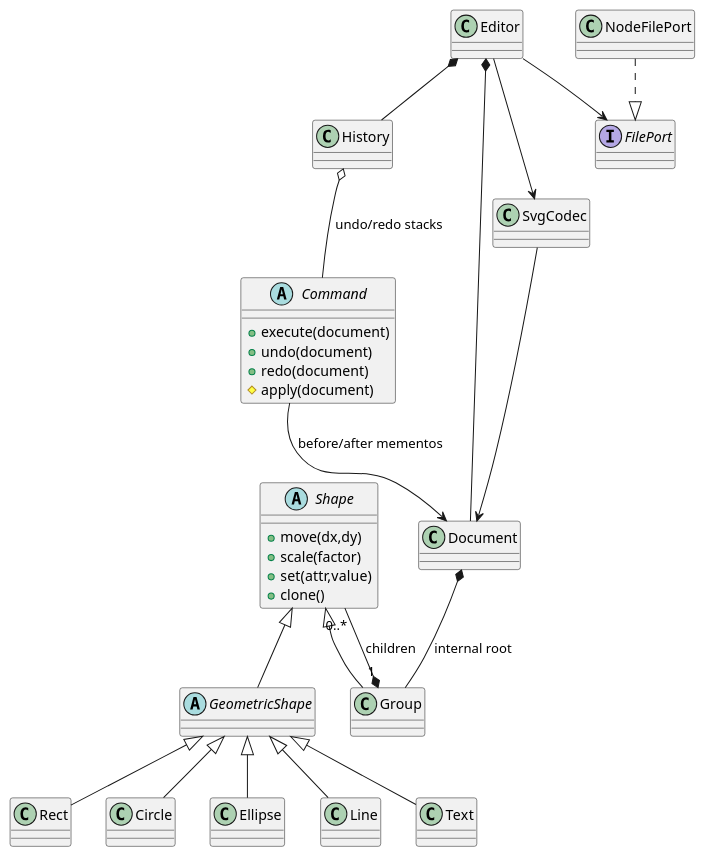
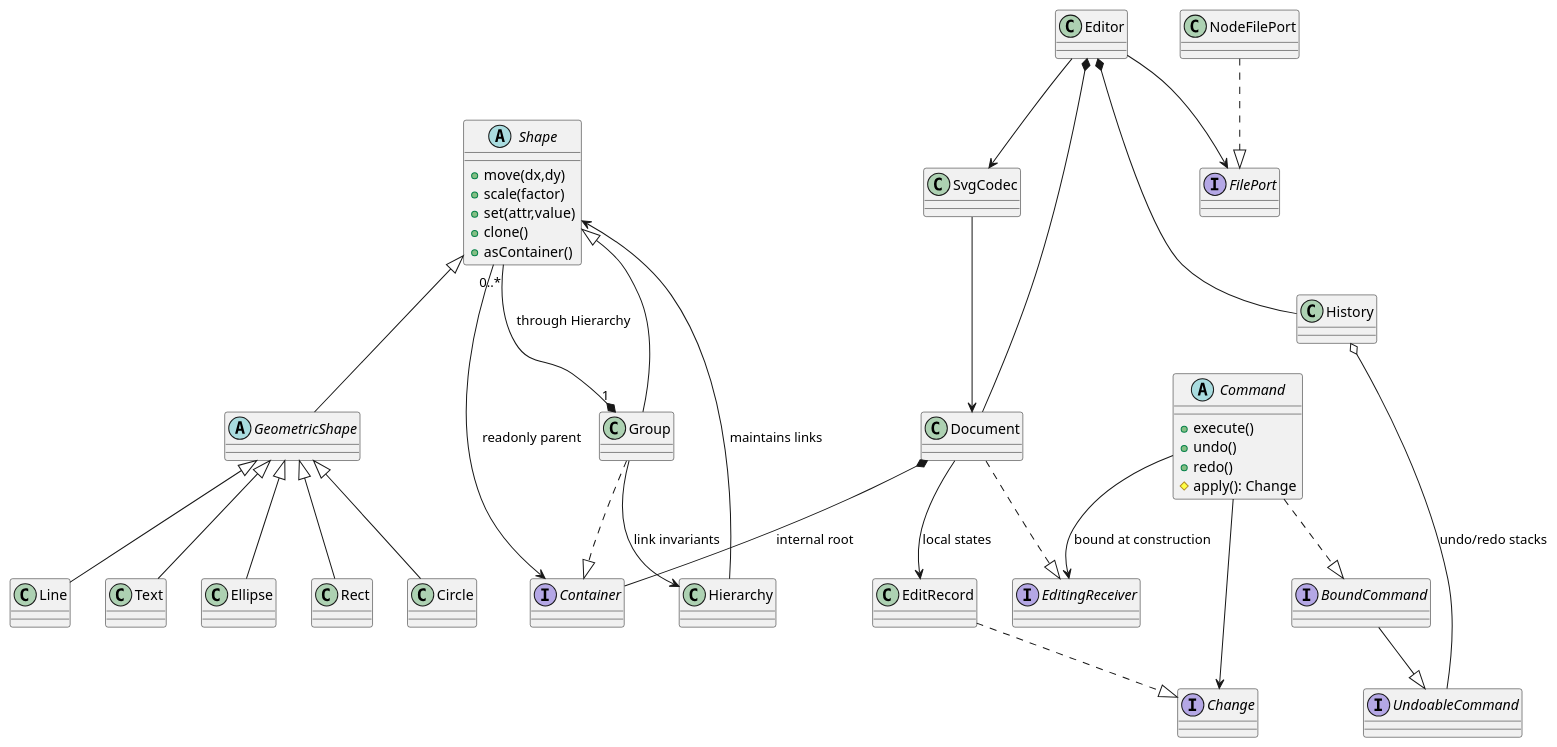
The second of 2 diagrams in doc/README.md (Zyrrick/fudan-svg-cli-lab1), drawn with PlantUML before and after one commit. The commit also changed other lines of this file and 4 other files, not shown here.

Commit message:
docs: align architecture and evidence with course review

````diff
--- a/doc/README.md
+++ b/doc/README.md
@@ -62,46 +68,64 @@
 ```plantuml
 @startuml
 abstract class Shape {
   +move(dx,dy)
   +scale(factor)
   +set(attr,value)
   +clone()
+  +asContainer()
 }
 abstract class GeometricShape
 class Group
 class Rect
 class Circle
 class Ellipse
 class Line
 class Text
 Shape <|-- Group
 Shape <|-- GeometricShape
 GeometricShape <|-- Rect
 GeometricShape <|-- Circle
 GeometricShape <|-- Ellipse
 GeometricShape <|-- Line
 GeometricShape <|-- Text
-Group "1" *-- "0..*" Shape : children
+interface Container
+class Hierarchy
+Group ..|> Container
+Shape --> Container : readonly parent
+Group --> Hierarchy : link invariants
+Group "1" *-- "0..*" Shape : through Hierarchy
+Hierarchy --> Shape : maintains links
 class Document
-Document *-- Group : internal root
+interface EditingReceiver
+Document ..|> EditingReceiver
+Document *-- Container : internal root
 abstract class Command {
-  +execute(document)
-  +undo(document)
-  +redo(document)
-  #apply(document)
+  +execute()
+  +undo()
+  +redo()
+  #apply(): Change
 }
-Command --> Document : before/after mementos
+interface UndoableCommand
+interface BoundCommand
+BoundCommand --|> UndoableCommand
+Command ..|> BoundCommand
+Command --> EditingReceiver : bound at construction
+interface Change
+class EditRecord
+EditRecord ..|> Change
+Command --> Change
+Document --> EditRecord : local states
 class History
-History o-- Command : undo/redo stacks
+History o-- UndoableCommand : undo/redo stacks
 class Editor
 interface FilePort
 class NodeFilePort
 class SvgCodec
 Editor *-- History
 Editor *-- Document
 Editor --> FilePort
 Editor --> SvgCodec
 NodeFilePort ..|> FilePort
 SvgCodec --> Document
 @enduml
 ```
````
